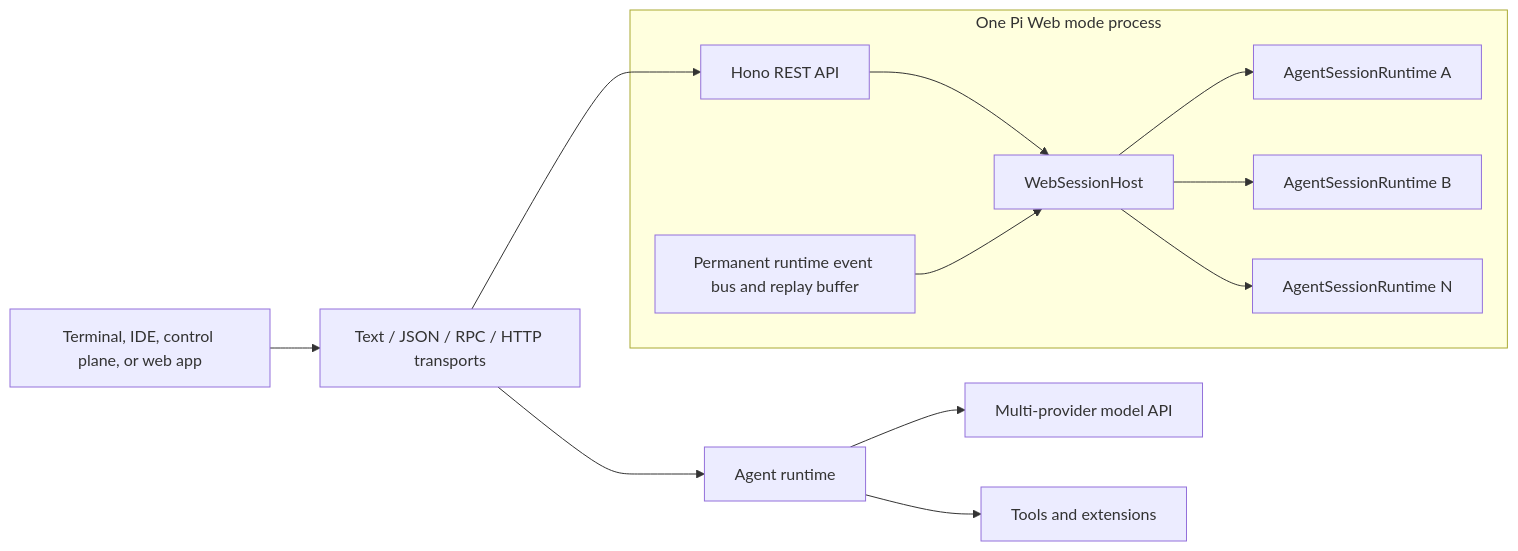
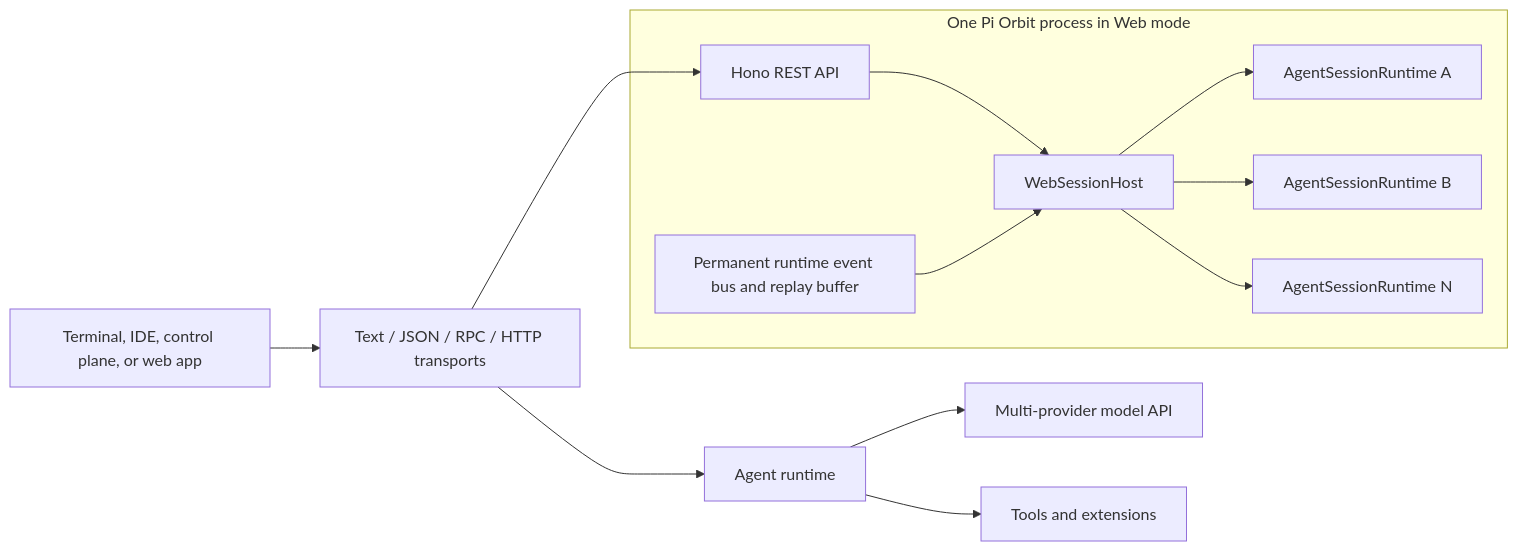
The diagram in README.md (Garhorne0813/pi-orbit), drawn with Mermaid before and after one commit. The commit also changed other lines of this file and 18 other files, not shown here.

````diff
--- a/README.md
+++ b/README.md
@@ -268,23 +278,23 @@
 ```mermaid
 flowchart LR
     UI["Terminal, IDE, control plane, or web app"] --> T["Text / JSON / RPC / HTTP transports"]
     T --> CORE["Agent runtime"]
     CORE --> AI["Multi-provider model API"]
     CORE --> TOOLS["Tools and extensions"]
 
-    subgraph WEB["One Pi Web mode process"]
+    subgraph WEB["One Pi Orbit process in Web mode"]
         API["Hono REST API"]
         EVENTS["Permanent runtime event bus and replay buffer"]
         HOST["WebSessionHost"]
         S1["AgentSessionRuntime A"]
         S2["AgentSessionRuntime B"]
         SN["AgentSessionRuntime N"]
         API --> HOST
         EVENTS --> HOST
         HOST --> S1
         HOST --> S2
         HOST --> SN
     end
 
     T --> API
 ```
````
